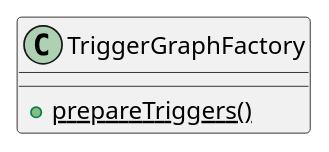
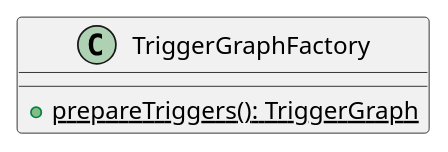
Before and after one commit to tunepruner/FingerPerc: the sixth of 31 diagrams in app/Documentation/Declarations.puml, drawn with PlantUML. The commit also changed other lines of this file and 25 other files, not shown here.

```diff
--- a/app/Documentation/Declarations.puml
+++ b/app/Documentation/Declarations.puml
@@ -34,5 +34,5 @@
 @startuml(id=TriggerGraphFactory)
 class TriggerGraphFactory{
-+{static}prepareTriggers()
++{static}prepareTriggers(): TriggerGraph
 }
 @enduml
```
